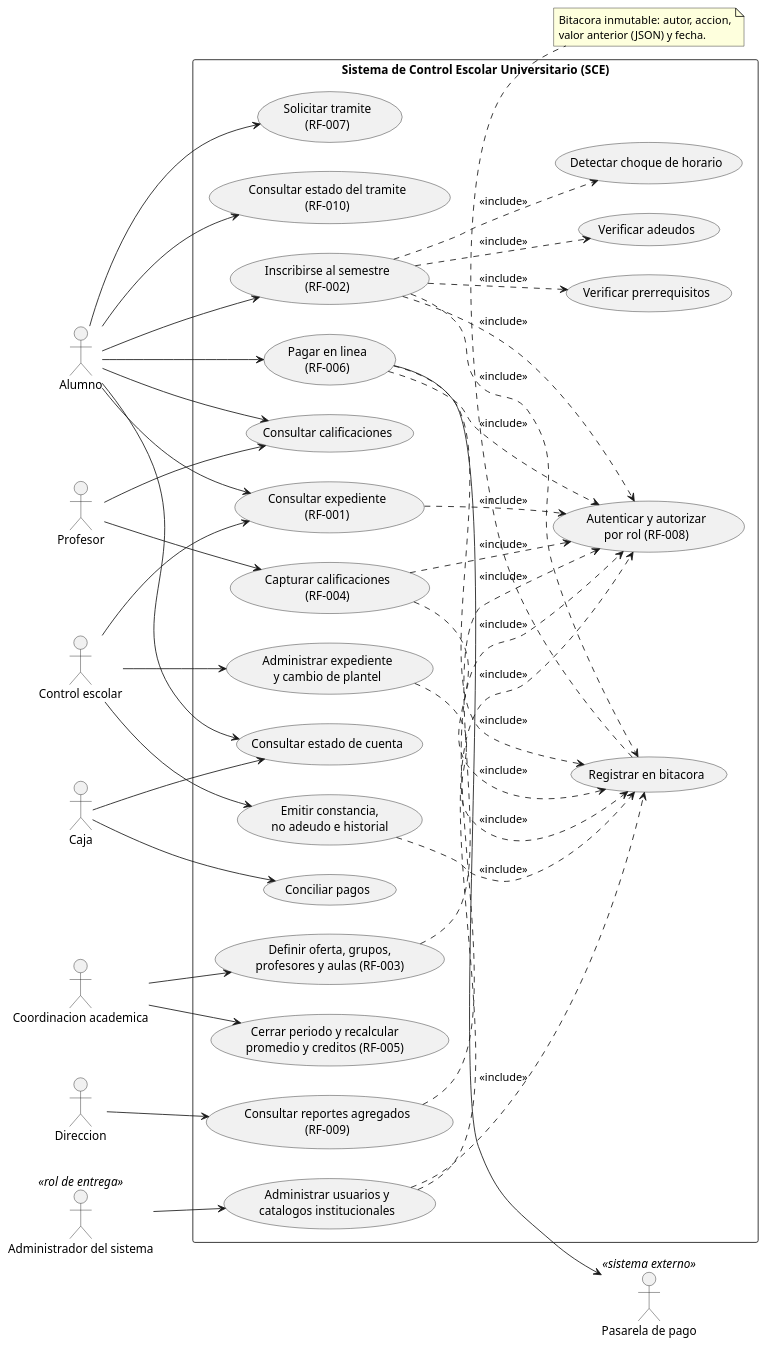
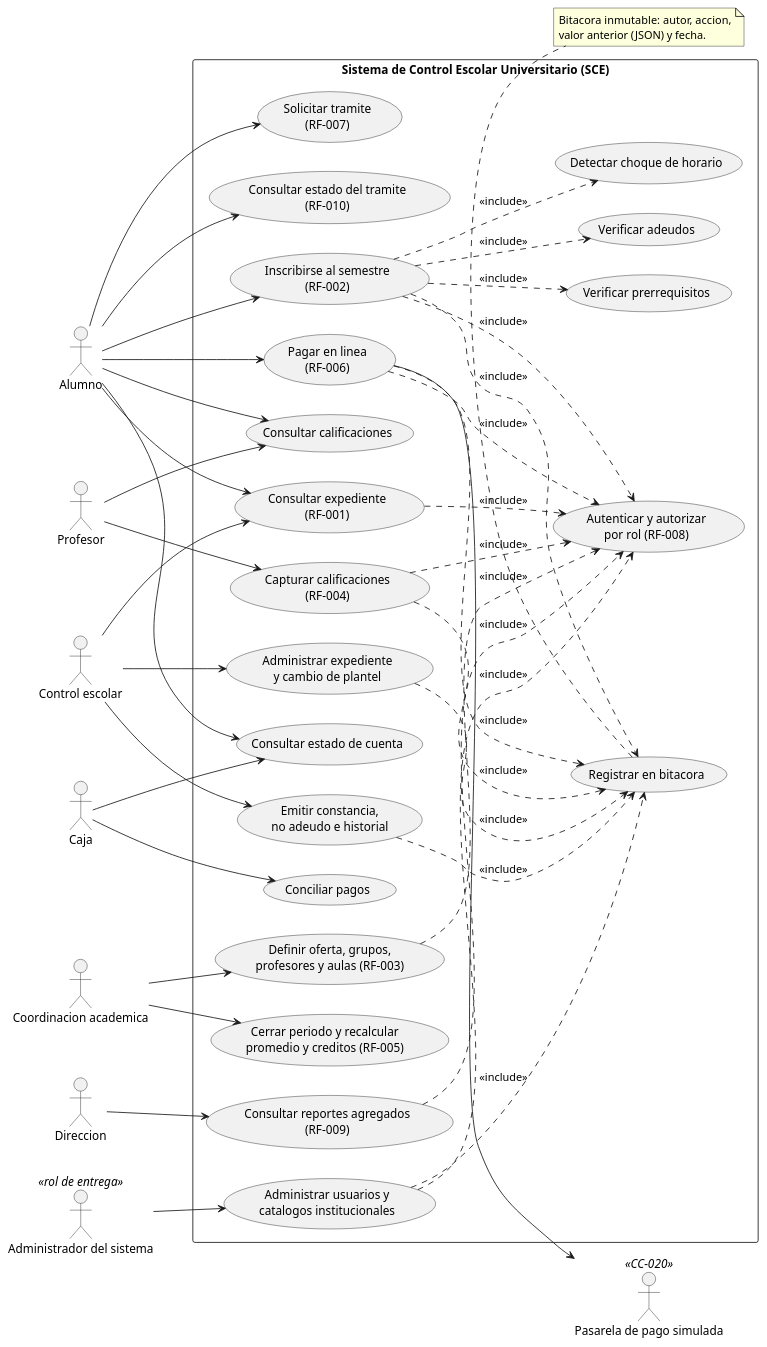
One commit to fjmp-dev/sce-control-escolar changed the diagram in docs/arquitectura/fig01-casos-de-uso.puml. Above: the diagram before and after it, drawn with PlantUML. The commit also changed 32 other files, not shown here.

```diff
--- a/docs/arquitectura/fig01-casos-de-uso.puml
+++ b/docs/arquitectura/fig01-casos-de-uso.puml
@@ -1,97 +1,98 @@
 @startuml fig01-casos-de-uso
 ' Figura 1. Diagrama de casos de uso del SCE, version 1 del piloto.
 ' Fuente: SCE-MC-001 v2.0, seccion 13.1. Roles: Tabla 5. Requisitos: Tabla 19.
+' CC-020: la pasarela es simulada (sin Mercado Pago); el aviso llega a POST /pagos/{id}/simulacion.
 left to right direction
 skinparam shadowing false
 skinparam packageStyle rectangle
 
 actor "Alumno" as AL
 actor "Profesor" as PR
 actor "Control escolar" as CE
 actor "Coordinacion academica" as CA
 actor "Caja" as CJ
 actor "Direccion" as DI
 actor "Administrador del sistema" as AD <<rol de entrega>>
-actor "Pasarela de pago" as PP <<sistema externo>>
+actor "Pasarela de pago simulada" as PP <<CC-020>>
 
 rectangle "Sistema de Control Escolar Universitario (SCE)" {
 
   usecase "Consultar expediente\n(RF-001)" as UC01
   usecase "Inscribirse al semestre\n(RF-002)" as UC02
   usecase "Verificar prerrequisitos" as UC02a
   usecase "Verificar adeudos" as UC02b
   usecase "Detectar choque de horario" as UC02c
   usecase "Definir oferta, grupos,\nprofesores y aulas (RF-003)" as UC03
   usecase "Capturar calificaciones\n(RF-004)" as UC04
   usecase "Consultar calificaciones" as UC05
   usecase "Cerrar periodo y recalcular\npromedio y creditos (RF-005)" as UC06
   usecase "Consultar estado de cuenta" as UC07
   usecase "Pagar en linea\n(RF-006)" as UC08
   usecase "Conciliar pagos" as UC09
   usecase "Solicitar tramite\n(RF-007)" as UC10
   usecase "Emitir constancia,\nno adeudo e historial" as UC11
   usecase "Consultar estado del tramite\n(RF-010)" as UC12
   usecase "Consultar reportes agregados\n(RF-009)" as UC13
   usecase "Administrar expediente\ny cambio de plantel" as UC14
   usecase "Administrar usuarios y\ncatalogos institucionales" as UC15
   usecase "Registrar en bitacora" as UCB
   usecase "Autenticar y autorizar\npor rol (RF-008)" as UCA
 }
 
 AL --> UC01
 AL --> UC02
 AL --> UC05
 AL --> UC07
 AL --> UC08
 AL --> UC10
 AL --> UC12
 
 PR --> UC04
 PR --> UC05
 
 CE --> UC14
 CE --> UC11
 CE --> UC01
 
 CA --> UC03
 CA --> UC06
 
 CJ --> UC07
 CJ --> UC09
 
 DI --> UC13
 
 ' CC-007: Tablas 11 y 12. Rol tecnico de entrega; los seis roles de uso no cambian.
 AD --> UC15
 
 UC08 --> PP
 
 ' Inclusiones obligatorias (seccion 13.1): ninguna inscripcion se confirma
 ' sin verificar requisitos, adeudos y choques.
 UC02 ..> UC02a : <<include>>
 UC02 ..> UC02b : <<include>>
 UC02 ..> UC02c : <<include>>
 
 ' Ninguna operacion sensible ocurre sin registro en bitacora (RNF-SEG-001).
 UC02 ..> UCB : <<include>>
 UC04 ..> UCB : <<include>>
 UC08 ..> UCB : <<include>>
 UC11 ..> UCB : <<include>>
 UC14 ..> UCB : <<include>>
 UC15 ..> UCB : <<include>>
 
 ' Toda operacion requiere autenticacion y autorizacion (RNF-SEG-001).
 UC01 ..> UCA : <<include>>
 UC02 ..> UCA : <<include>>
 UC03 ..> UCA : <<include>>
 UC04 ..> UCA : <<include>>
 UC08 ..> UCA : <<include>>
 UC13 ..> UCA : <<include>>
 UC15 ..> UCA : <<include>>
 
 note bottom of UCB
   Bitacora inmutable: autor, accion,
   valor anterior (JSON) y fecha.
 end note
 
 @enduml
```
